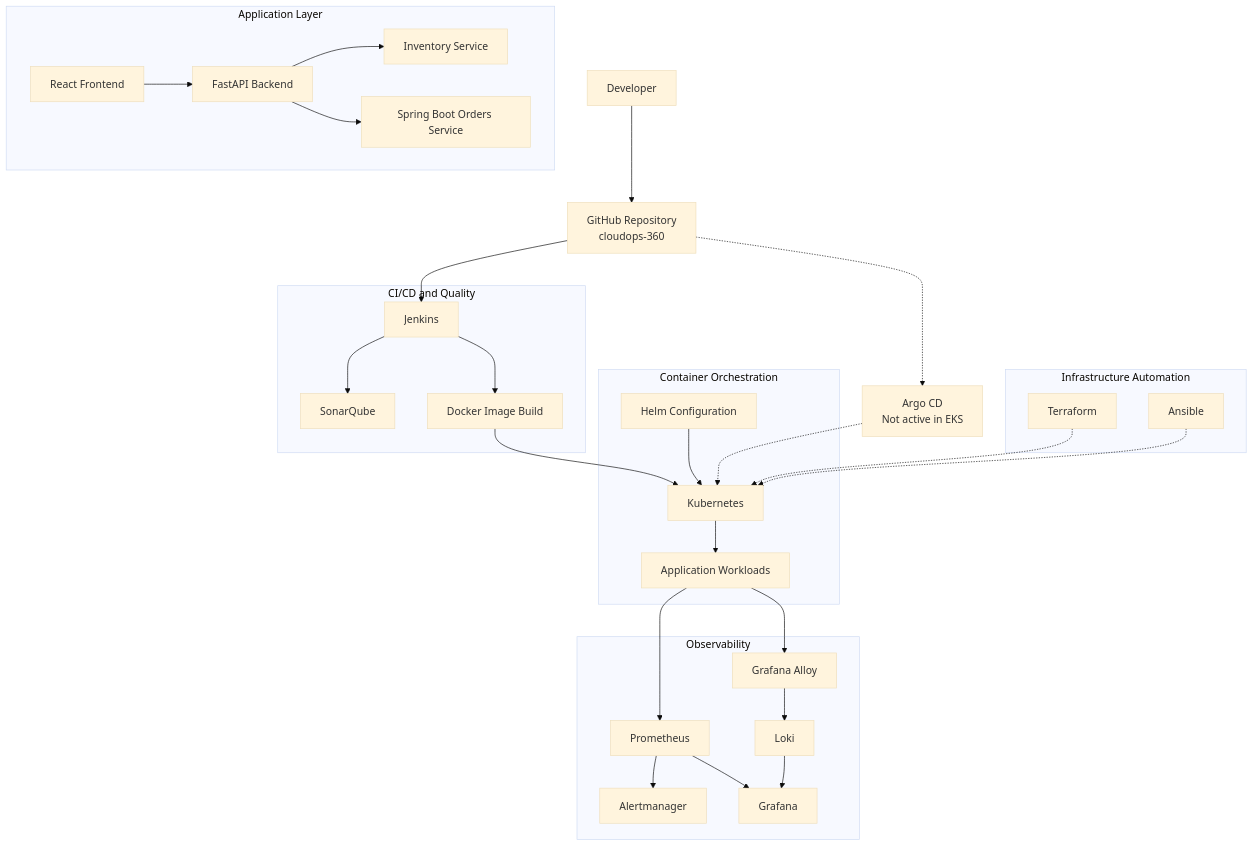
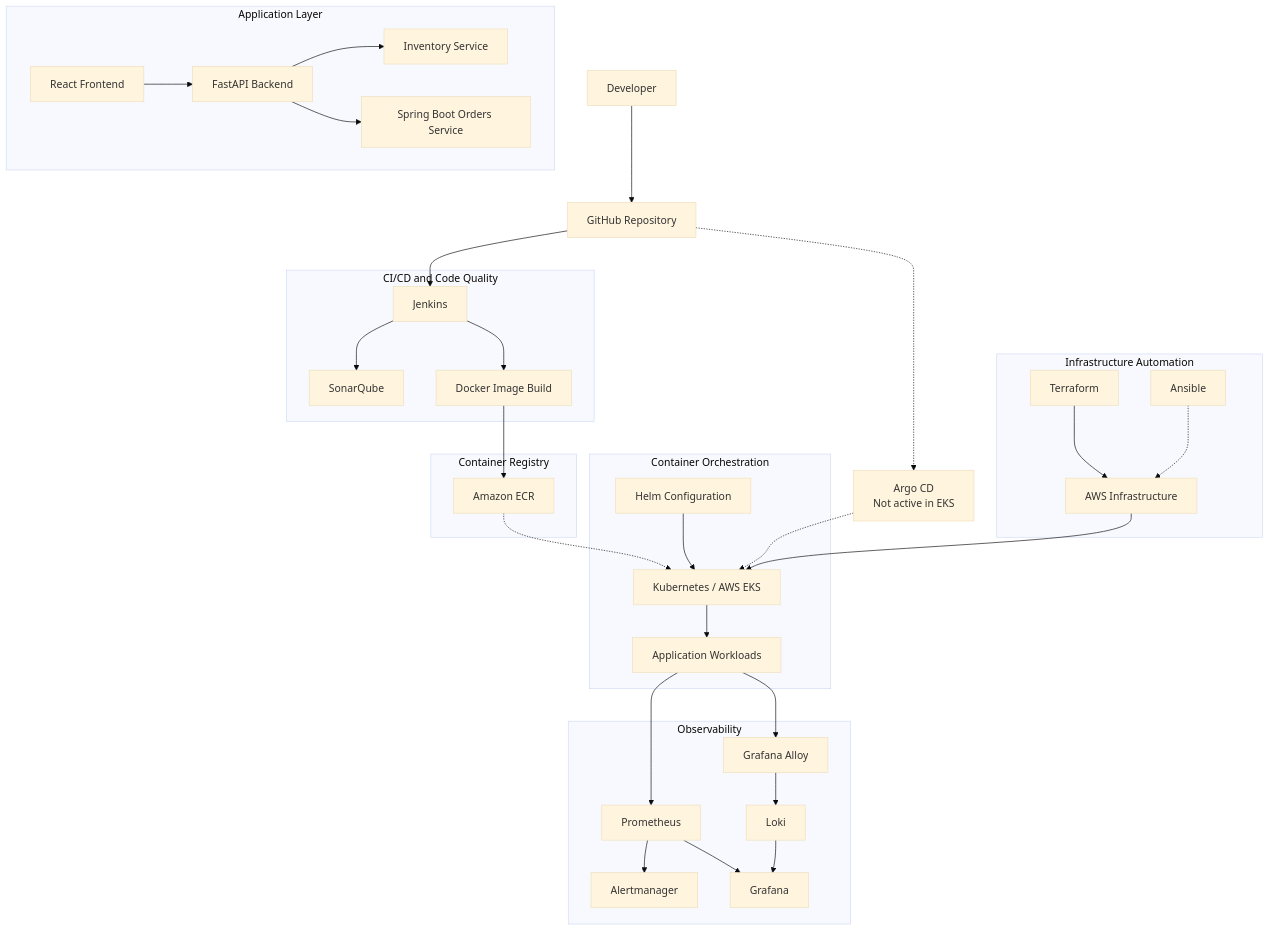
Before and after one commit to kantamnenimanusha/cloudops-360: the first of 8 diagrams in README.md, drawn with Mermaid (base theme). The commit also changed other lines of this file, not shown here.

First line of the commit message:
Revise README for clarity and AWS deployment details

````diff
--- a/README.md
+++ b/README.md
@@ -105,64 +103,71 @@
 ```mermaid
 flowchart TB
     DEV["Developer"]
-    GIT["GitHub Repository<br/>cloudops-360"]
+    GIT["GitHub Repository"]
 
     subgraph APP["Application Layer"]
         FE["React Frontend"]
         BE["FastAPI Backend"]
         INV["Inventory Service"]
         ORD["Spring Boot Orders Service"]
     end
 
-    subgraph CICD["CI/CD and Quality"]
+    subgraph CICD["CI/CD and Code Quality"]
         JEN["Jenkins"]
         SONAR["SonarQube"]
         DOCKER["Docker Image Build"]
     end
 
+    subgraph REG["Container Registry"]
+        ECR["Amazon ECR"]
+    end
+
     subgraph DEPLOY["Container Orchestration"]
-        K8S["Kubernetes"]
+        K8S["Kubernetes / AWS EKS"]
         HELM["Helm Configuration"]
         PODS["Application Workloads"]
     end
 
     subgraph OBS["Observability"]
         PROM["Prometheus"]
         ALERT["Alertmanager"]
         GRAF["Grafana"]
         ALLOY["Grafana Alloy"]
         LOKI["Loki"]
     end
 
     subgraph INFRA["Infrastructure Automation"]
         TF["Terraform"]
         ANS["Ansible"]
+        AWS["AWS Infrastructure"]
     end
 
     ARGO["Argo CD<br/>Not active in EKS"]
 
     DEV --> GIT
     GIT --> JEN
     JEN --> SONAR
     JEN --> DOCKER
-    DOCKER --> K8S
+    DOCKER --> ECR
+    ECR -.-> K8S
     HELM --> K8S
     K8S --> PODS
 
     FE --> BE
     BE --> INV
     BE --> ORD
 
     PODS --> PROM
     PROM --> GRAF
     PROM --> ALERT
     PODS --> ALLOY
     ALLOY --> LOKI
     LOKI --> GRAF
 
     GIT -.-> ARGO
     ARGO -.-> K8S
 
-    TF -.-> K8S
-    ANS -.-> K8S
+    TF --> AWS
+    ANS -.-> AWS
+    AWS --> K8S
 ```
````
